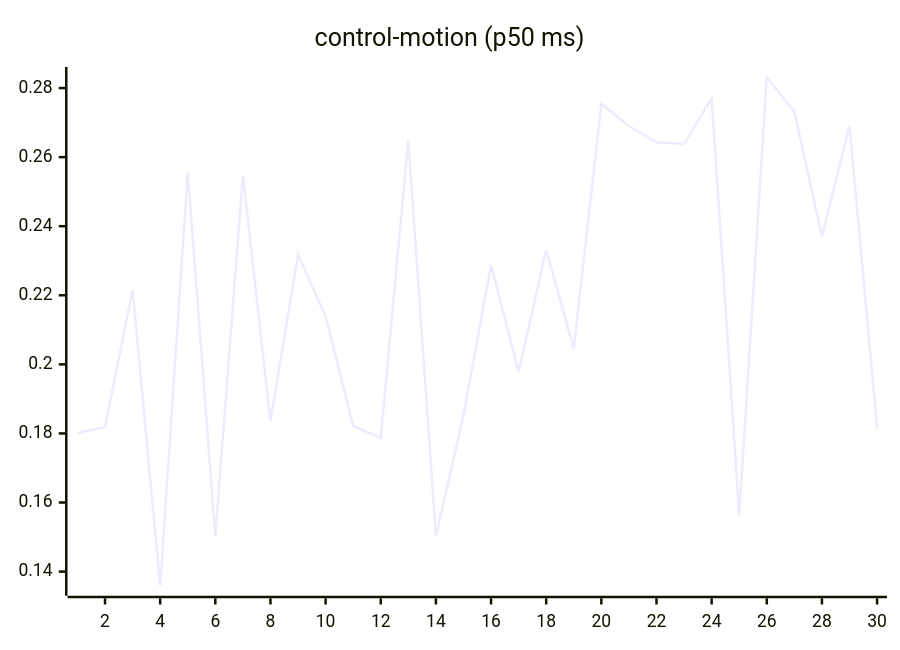
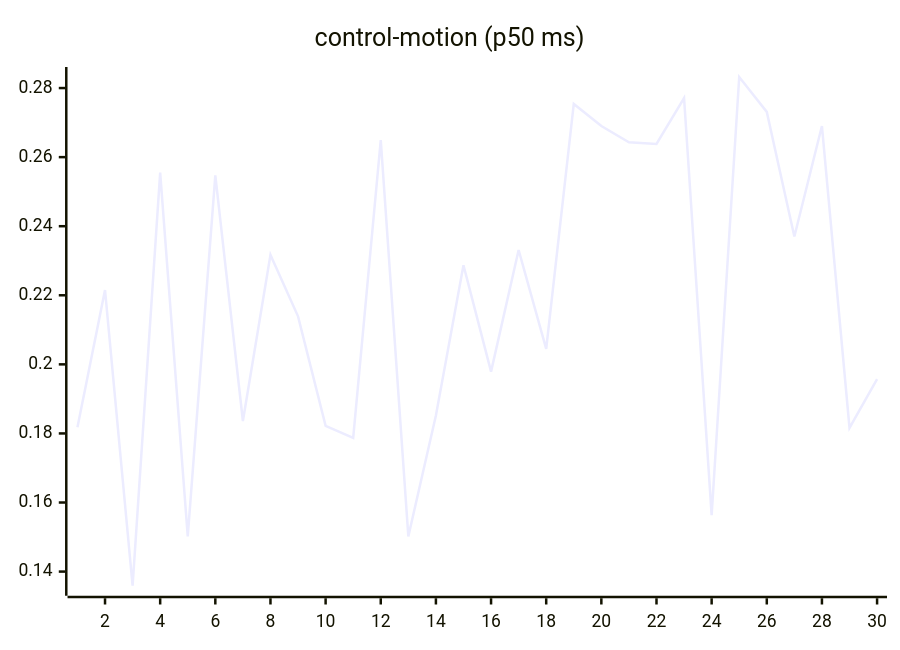
One commit to josha/Facet changed the seventh of 27 diagrams in README.md. Above: the diagram before and after it, drawn with Mermaid. The commit also changed other lines of this file and 2 other files, not shown here.

````diff
--- a/README.md
+++ b/README.md
@@ -105,6 +105,6 @@
 ```mermaid
 xychart-beta
     title "control-motion (p50 ms)"
     x-axis 1 --> 30
-    line [0.1801, 0.1818, 0.2215, 0.1359, 0.2555, 0.1502, 0.2547, 0.1836, 0.2317, 0.2139, 0.1822, 0.1787, 0.2649, 0.1502, 0.1852, 0.2287, 0.1979, 0.2331, 0.2045, 0.2754, 0.2690, 0.2643, 0.2638, 0.2771, 0.1563, 0.2832, 0.2731, 0.2370, 0.2690, 0.1816]
+    line [0.1818, 0.2215, 0.1359, 0.2555, 0.1502, 0.2547, 0.1836, 0.2317, 0.2139, 0.1822, 0.1787, 0.2649, 0.1502, 0.1852, 0.2287, 0.1979, 0.2331, 0.2045, 0.2754, 0.2690, 0.2643, 0.2638, 0.2771, 0.1563, 0.2832, 0.2731, 0.2370, 0.2690, 0.1816, 0.1957]
 ```
````
